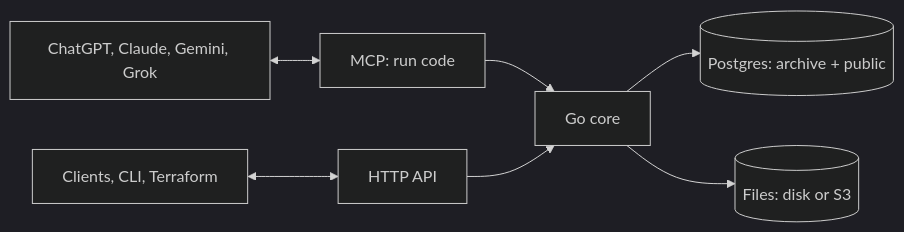
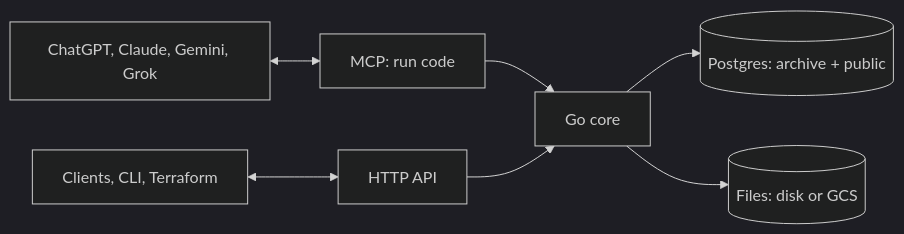
Before and after one commit to Mulholland-Inc/archive: the diagram in docs/adr/0001-architecture.md, drawn with Mermaid (dark theme). The commit also changed other lines of this file and 2028 other files, not shown here.

````diff
--- a/docs/adr/0001-architecture.md
+++ b/docs/adr/0001-architecture.md
@@ -13,7 +13,7 @@
 ```mermaid
 flowchart LR
   Apps[ChatGPT, Claude, Gemini, Grok] <--> MCP[MCP: run code] --> Core[Go core]
   Clients[Clients, CLI, Terraform] <--> API[HTTP API] --> Core
   Core --> PG[(Postgres: archive + public)]
-  Core --> Files[(Files: disk or S3)]
+  Core --> Files[(Files: disk or GCS)]
 ```
````
